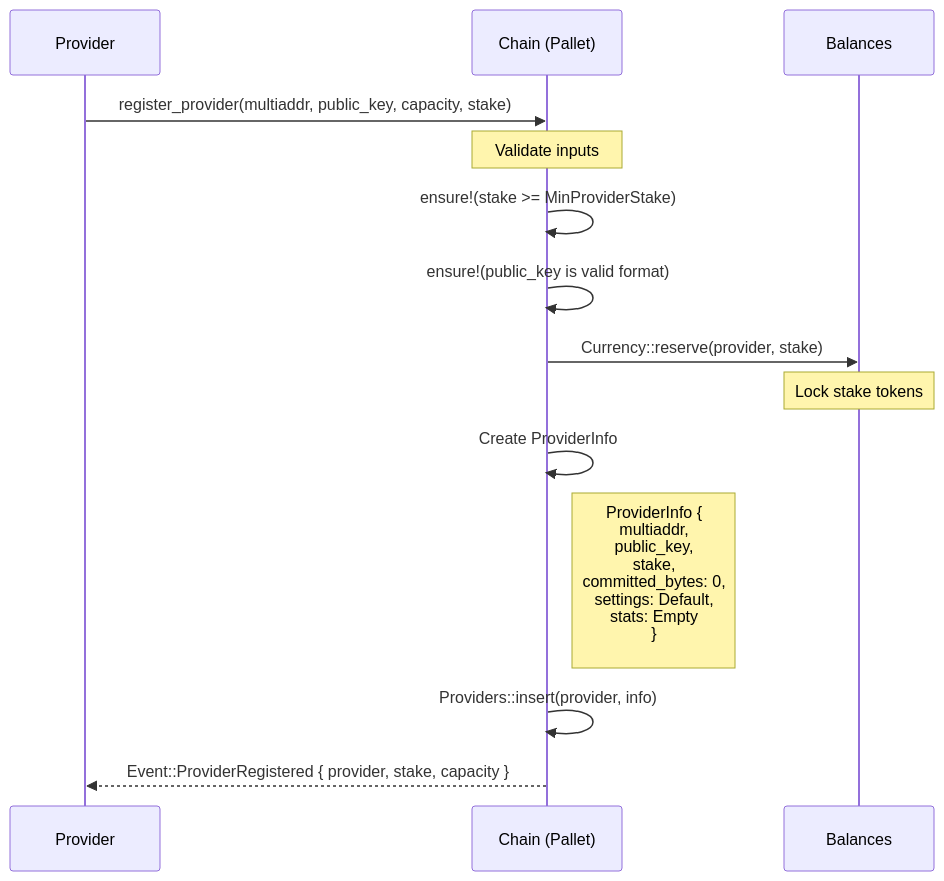
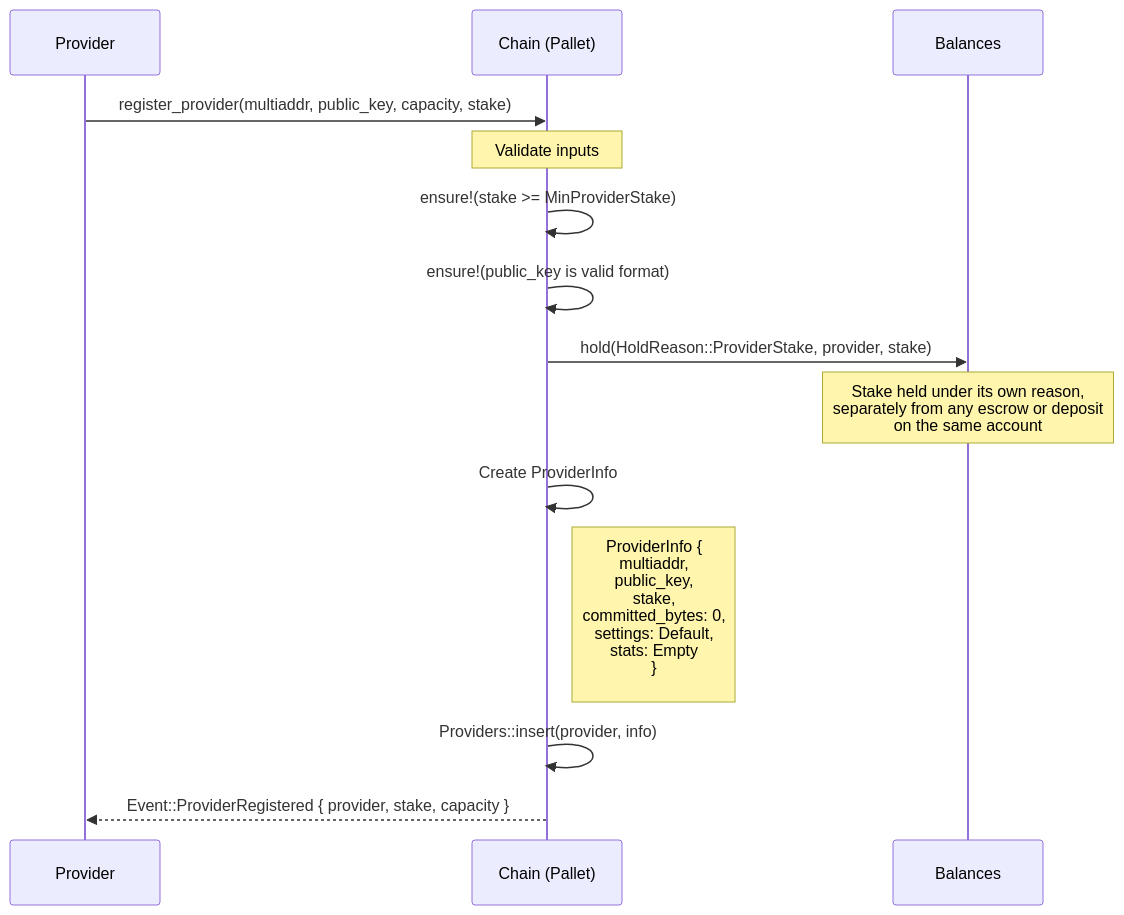
The first of 13 diagrams in docs/reference/EXECUTION_FLOWS.md (paritytech/web3-storage), drawn with Mermaid before and after one commit. The commit also changed other lines of this file and 20 other files, not shown here.

````diff
--- a/docs/reference/EXECUTION_FLOWS.md
+++ b/docs/reference/EXECUTION_FLOWS.md
@@ -138,22 +138,22 @@
 ```mermaid
 sequenceDiagram
     participant P as Provider
     participant C as Chain (Pallet)
     participant B as Balances
 
     P->>C: register_provider(multiaddr, public_key, capacity, stake)
 
     Note over C: Validate inputs
     C->>C: ensure!(stake >= MinProviderStake)
     C->>C: ensure!(public_key is valid format)
 
-    C->>B: Currency::reserve(provider, stake)
-    Note over B: Lock stake tokens
+    C->>B: hold(HoldReason::ProviderStake, provider, stake)
+    Note over B: Stake held under its own reason,<br/>separately from any escrow or deposit<br/>on the same account
 
     C->>C: Create ProviderInfo
     Note right of C: ProviderInfo {<br/>multiaddr, <br/> public_key,<br/> stake,<br/> committed_bytes: 0, <br/> settings: Default, <br/>stats: Empty <br/>}<br/>
 
     C->>C: Providers::insert(provider, info)
 
     C-->>P: Event::ProviderRegistered { provider, stake, capacity }
 ```
````
